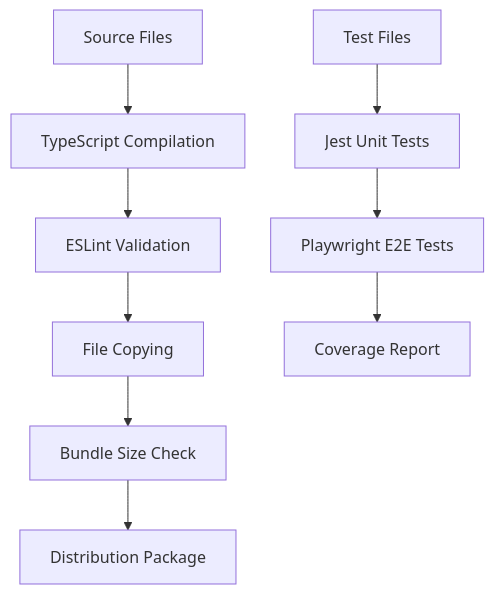
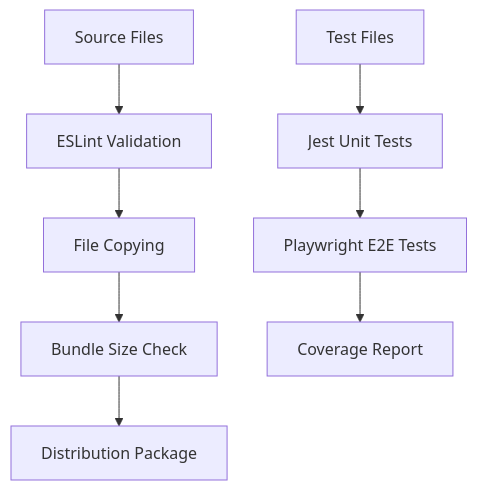
Before and after one commit to MikkoParkkola/translate-browser-extension: the diagram in docs/DEVELOPMENT.md, drawn with Mermaid. The commit also changed other lines of this file and 270 other files, not shown here.

````diff
--- a/docs/DEVELOPMENT.md
+++ b/docs/DEVELOPMENT.md
@@ -219,12 +217,11 @@
 ```mermaid
 graph TD
-    A[Source Files] --> B[TypeScript Compilation]
-    B --> C[ESLint Validation]
-    C --> D[File Copying]
-    D --> E[Bundle Size Check]
-    E --> F[Distribution Package]
+    A[Source Files] --> B[ESLint Validation]
+    B --> C[File Copying]
+    C --> D[Bundle Size Check]
+    D --> E[Distribution Package]
     
-    G[Test Files] --> H[Jest Unit Tests]
-    H --> I[Playwright E2E Tests]
-    I --> J[Coverage Report]
+    F[Test Files] --> G[Jest Unit Tests]
+    G --> H[Playwright E2E Tests]
+    H --> I[Coverage Report]
 ```
````
